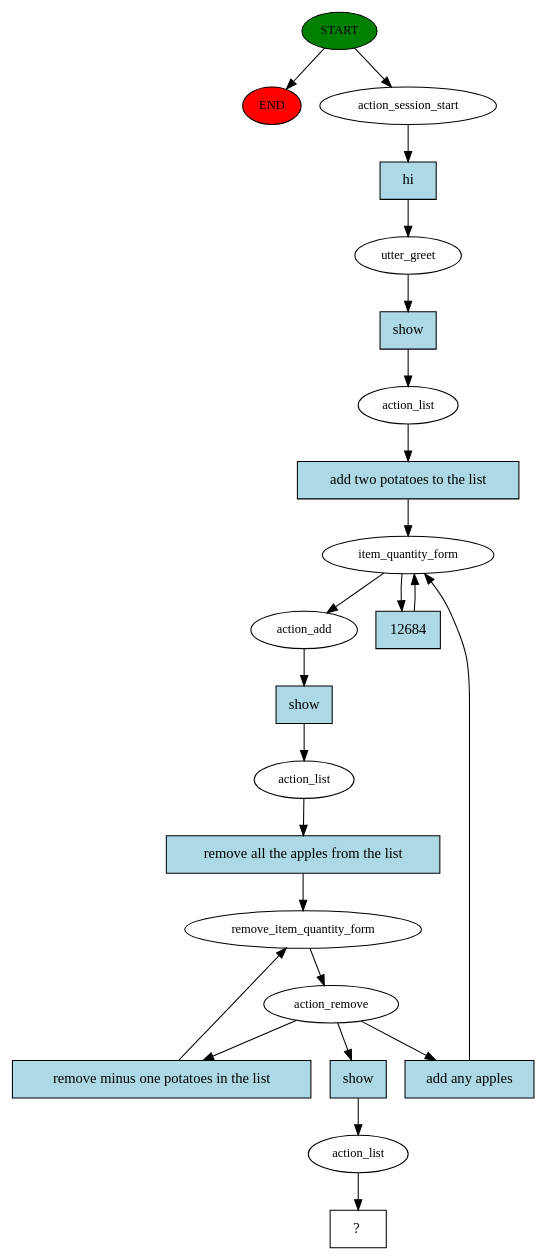
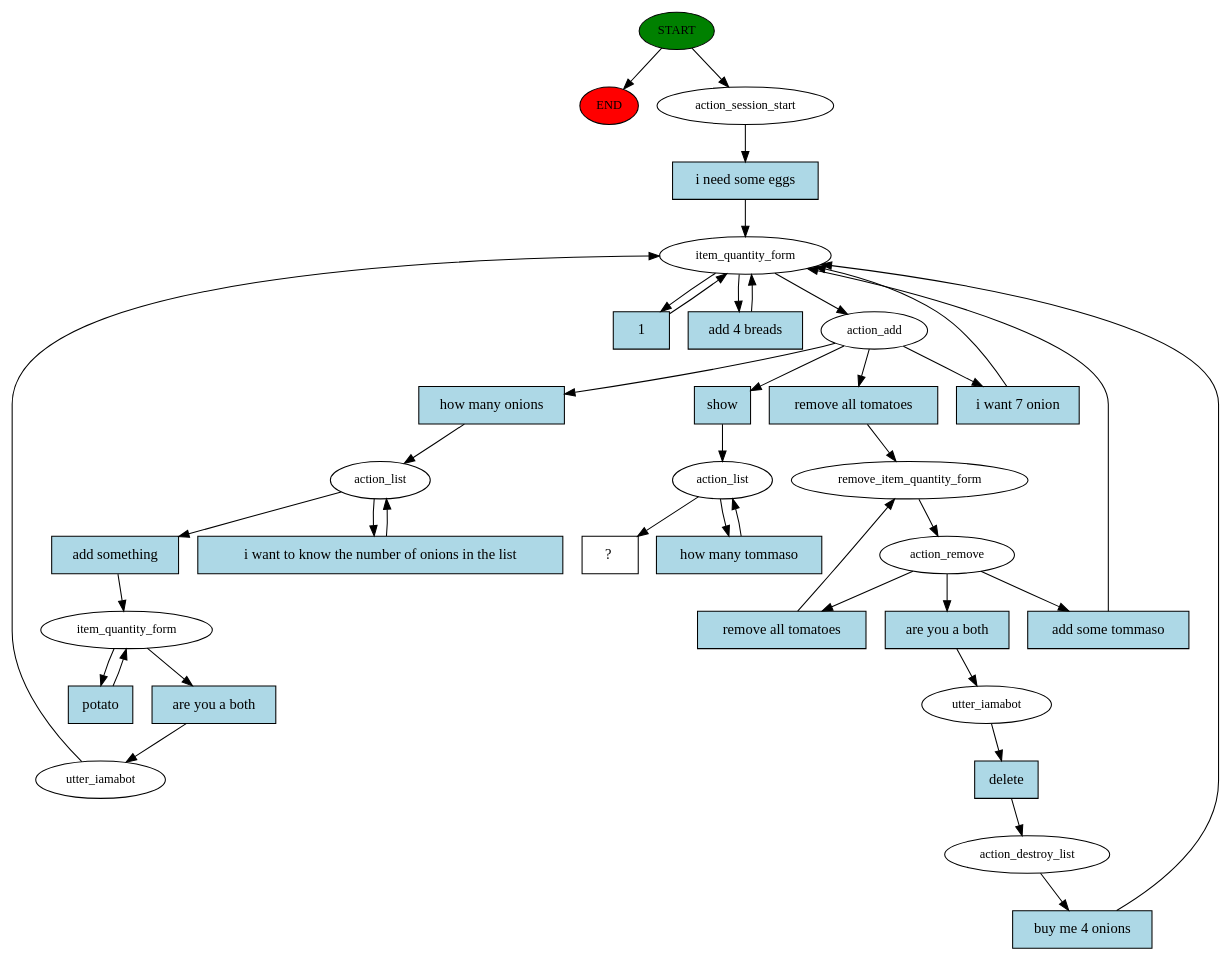
One commit to wwertyexp/CrMidTerm changed the diagram in story_graph.dot. Above: the diagram before and after it, drawn with Graphviz. The commit also changed 4 other files, not shown here.

Commit message:
added confirmation to remove all items in the list

```diff
--- a/story_graph.dot
+++ b/story_graph.dot
@@ -1,46 +1,73 @@
 digraph  {
 0 [class="start active", fillcolor=green, fontsize=12, label=START, style=filled];
 "-1" [class=end, fillcolor=red, fontsize=12, label=END, style=filled];
 1 [class=active, fontsize=12, label=action_session_start];
-2 [class=active, fontsize=12, label=utter_greet];
-3 [class=active, fontsize=12, label=action_list];
-4 [class=active, fontsize=12, label=item_quantity_form];
-5 [class=active, fontsize=12, label=action_add];
-6 [class=active, fontsize=12, label=action_list];
-7 [class=active, fontsize=12, label=remove_item_quantity_form];
-8 [class=active, fontsize=12, label=action_remove];
-23 [class=active, fontsize=12, label=action_list];
-24 [class="intent dashed active", label="  ?  ", shape=rect];
-25 [class="intent active", fillcolor=lightblue, label=hi, shape=rect, style=filled];
-26 [class="intent active", fillcolor=lightblue, label=show, shape=rect, style=filled];
-27 [class="intent active", fillcolor=lightblue, label="add two potatoes to the list", shape=rect, style=filled];
-28 [class="intent active", fillcolor=lightblue, label=12684, shape=rect, style=filled];
-29 [class="intent active", fillcolor=lightblue, label=show, shape=rect, style=filled];
-30 [class="intent active", fillcolor=lightblue, label="remove all the apples from the list", shape=rect, style=filled];
-31 [class="intent active", fillcolor=lightblue, label="remove minus one potatoes in the list", shape=rect, style=filled];
-32 [class="intent active", fillcolor=lightblue, label=show, shape=rect, style=filled];
-33 [class="intent active", fillcolor=lightblue, label="add any apples", shape=rect, style=filled];
+2 [class=active, fontsize=12, label=item_quantity_form];
+4 [class=active, fontsize=12, label=action_add];
+5 [class=active, fontsize=12, label=remove_item_quantity_form];
+6 [class=active, fontsize=12, label=action_remove];
+7 [class=active, fontsize=12, label=utter_iamabot];
+8 [class=active, fontsize=12, label=action_destroy_list];
+13 [class=active, fontsize=12, label=action_list];
+17 [class=active, fontsize=12, label=item_quantity_form];
+19 [class=active, fontsize=12, label=utter_iamabot];
+30 [class=active, fontsize=12, label=action_list];
+32 [class="intent dashed active", label="  ?  ", shape=rect];
+33 [class="intent active", fillcolor=lightblue, label="i need some eggs", shape=rect, style=filled];
+34 [class="intent active", fillcolor=lightblue, label=1, shape=rect, style=filled];
+35 [class="intent active", fillcolor=lightblue, label="add 4 breads", shape=rect, style=filled];
+36 [class="intent active", fillcolor=lightblue, label="remove all tomatoes", shape=rect, style=filled];
+37 [class="intent active", fillcolor=lightblue, label="how many onions", shape=rect, style=filled];
+38 [class="intent active", fillcolor=lightblue, label=show, shape=rect, style=filled];
+39 [class="intent active", fillcolor=lightblue, label="i want 7 onion", shape=rect, style=filled];
+40 [class="intent active", fillcolor=lightblue, label="are you a both", shape=rect, style=filled];
+41 [class="intent active", fillcolor=lightblue, label="remove all tomatoes", shape=rect, style=filled];
+42 [class="intent active", fillcolor=lightblue, label="add some tommaso", shape=rect, style=filled];
+43 [class="intent active", fillcolor=lightblue, label=delete, shape=rect, style=filled];
+44 [class="intent active", fillcolor=lightblue, label="buy me 4 onions", shape=rect, style=filled];
+45 [class="intent active", fillcolor=lightblue, label="i want to know the number of onions in the list", shape=rect, style=filled];
+46 [class="intent active", fillcolor=lightblue, label="add something", shape=rect, style=filled];
+47 [class="intent active", fillcolor=lightblue, label="are you a both", shape=rect, style=filled];
+48 [class="intent active", fillcolor=lightblue, label=potato, shape=rect, style=filled];
+49 [class="intent active", fillcolor=lightblue, label="how many tommaso", shape=rect, style=filled];
 0 -> "-1"  [class="", key=NONE, label=""];
 0 -> 1  [class=active, key=NONE, label=""];
-1 -> 25  [class=active, key=0];
-2 -> 26  [class=active, key=0];
-3 -> 27  [class=active, key=0];
-4 -> 5  [class=active, key=NONE, label=""];
-4 -> 28  [class=active, key=0];
-5 -> 29  [class=active, key=0];
-6 -> 30  [class=active, key=0];
-7 -> 8  [class=active, key=NONE, label=""];
-8 -> 31  [class=active, key=0];
-8 -> 32  [class=active, key=0];
-8 -> 33  [class=active, key=0];
-23 -> 24  [class=active, key=NONE, label=""];
-25 -> 2  [class=active, key=0];
-26 -> 3  [class=active, key=0];
-27 -> 4  [class=active, key=0];
-28 -> 4  [class=active, key=0];
-29 -> 6  [class=active, key=0];
-30 -> 7  [class=active, key=0];
-31 -> 7  [class=active, key=0];
-32 -> 23  [class=active, key=0];
-33 -> 4  [class=active, key=0];
+1 -> 33  [class=active, key=0];
+2 -> 4  [class=active, key=NONE, label=""];
+2 -> 34  [class=active, key=0];
+2 -> 35  [class=active, key=0];
+4 -> 36  [class=active, key=0];
+4 -> 37  [class=active, key=0];
+4 -> 38  [class=active, key=0];
+4 -> 39  [class=active, key=0];
+5 -> 6  [class=active, key=NONE, label=""];
+6 -> 40  [class=active, key=0];
+6 -> 41  [class=active, key=0];
+6 -> 42  [class=active, key=0];
+7 -> 43  [class=active, key=0];
+8 -> 44  [class=active, key=0];
+13 -> 45  [class=active, key=0];
+13 -> 46  [class=active, key=0];
+17 -> 47  [class=active, key=0];
+17 -> 48  [class=active, key=0];
+19 -> 2  [class=active, key=NONE, label=""];
+30 -> 32  [class=active, key=NONE, label=""];
+30 -> 49  [class=active, key=0];
+33 -> 2  [class=active, key=0];
+34 -> 2  [class=active, key=0];
+35 -> 2  [class=active, key=0];
+36 -> 5  [class=active, key=0];
+37 -> 13  [class=active, key=0];
+38 -> 30  [class=active, key=0];
+39 -> 2  [class=active, key=0];
+40 -> 7  [class=active, key=0];
+41 -> 5  [class=active, key=0];
+42 -> 2  [class=active, key=0];
+43 -> 8  [class=active, key=0];
+44 -> 2  [class=active, key=0];
+45 -> 13  [class=active, key=0];
+46 -> 17  [class=active, key=0];
+47 -> 19  [class=active, key=0];
+48 -> 17  [class=active, key=0];
+49 -> 30  [class=active, key=0];
 }
```
